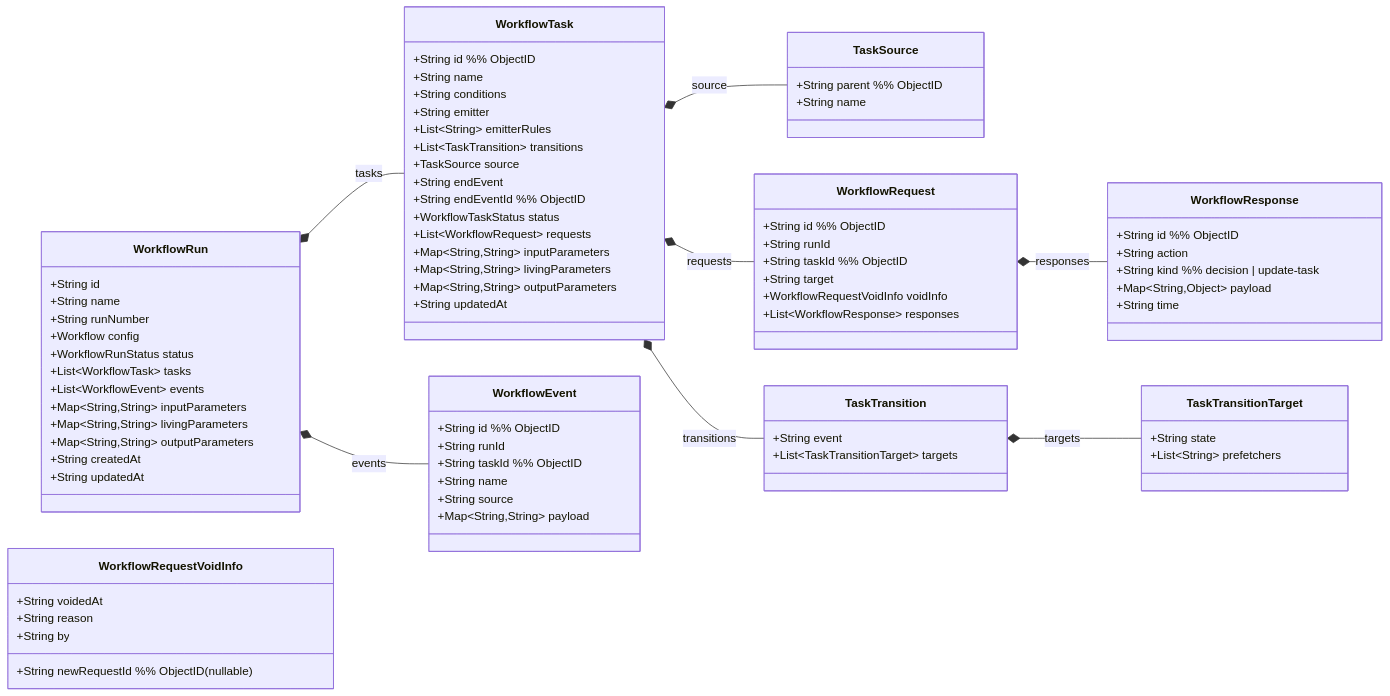
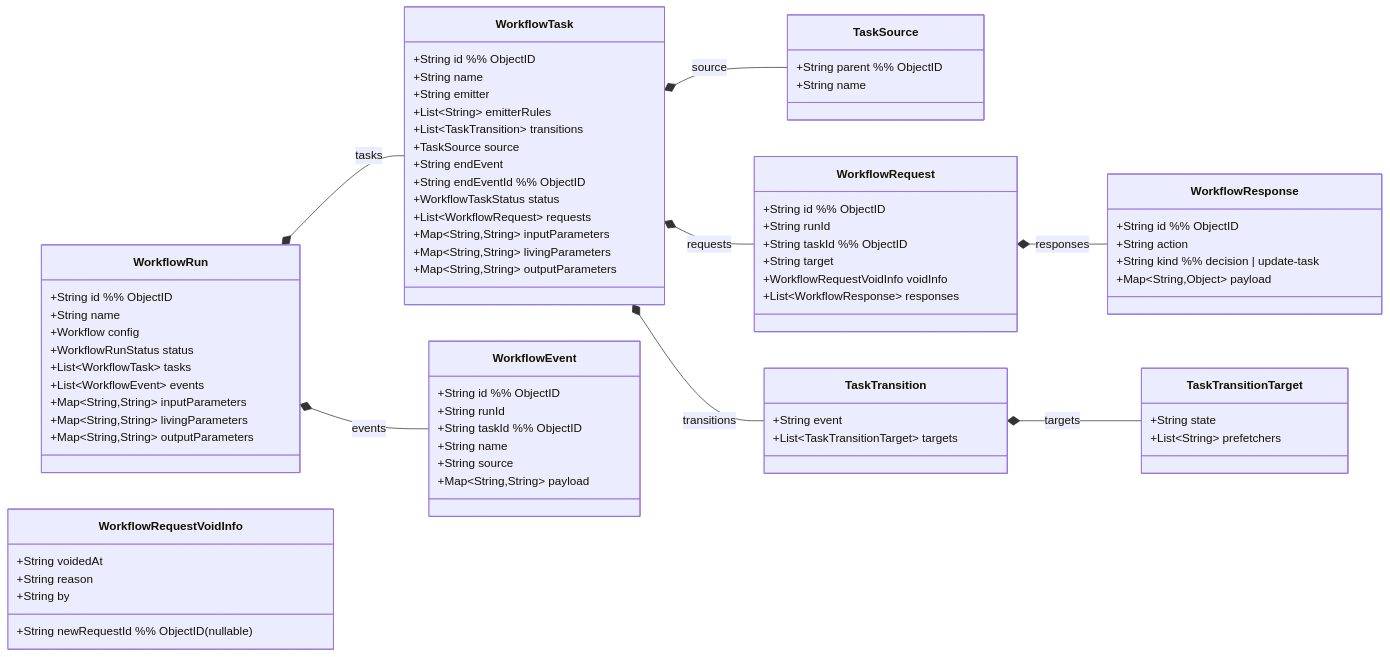
The first of 8 diagrams in docs/design/20-runtime-domain.md (lchrennew/es-workflow), drawn with Mermaid before and after one commit. The commit also changed other lines of this file and 14 other files, not shown here.

```diff
--- a/docs/design/20-runtime-domain.md
+++ b/docs/design/20-runtime-domain.md
@@ -24,9 +25,8 @@
 direction LR
 
 class WorkflowRun {
-  +String id
+  +String id  %% ObjectID
   +String name
-  +String runNumber
   +Workflow config
   +WorkflowRunStatus status
   +List~WorkflowTask~ tasks
@@ -34,14 +34,11 @@
   +Map~String,String~ inputParameters
   +Map~String,String~ livingParameters
   +Map~String,String~ outputParameters
-  +String createdAt
-  +String updatedAt
 }
 
 class WorkflowTask {
   +String id  %% ObjectID
   +String name
-  +String conditions
   +String emitter
   +List~String~ emitterRules
   +List~TaskTransition~ transitions
@@ -53,7 +50,6 @@
   +Map~String,String~ inputParameters
   +Map~String,String~ livingParameters
   +Map~String,String~ outputParameters
-  +String updatedAt
 }
 
 class TaskSource {
@@ -92,7 +88,6 @@
   +String action
   +String kind  %% decision | update-task
   +Map~String,Object~ payload
-  +String time
 }
 
 class WorkflowEvent {
```
